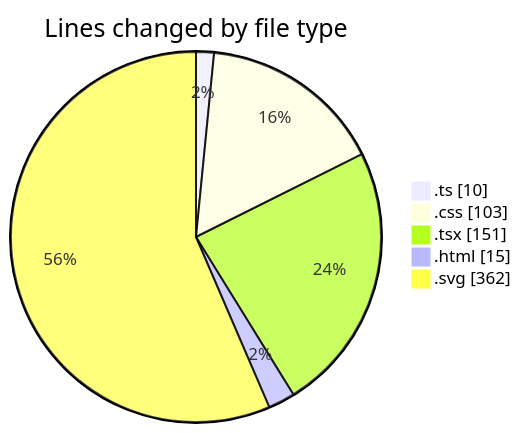
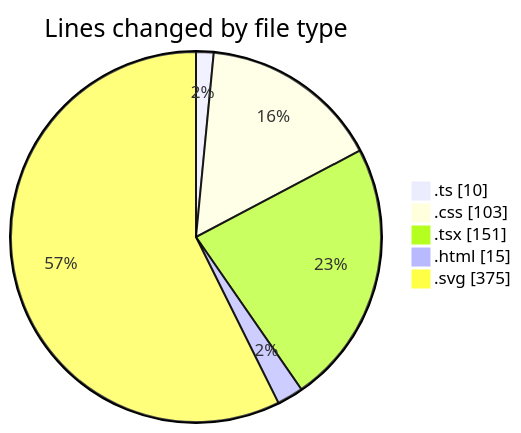
The first of 2 diagrams in 2025-07-31/tw-server/README.md (EIIisD/code-tracking), drawn with Mermaid before and after one commit. The commit also changed other lines of this file and 1 other file, not shown here.

````diff
--- a/2025-07-31/tw-server/README.md
+++ b/2025-07-31/tw-server/README.md
@@ -27,9 +28,9 @@
 ```mermaid
 pie showData
 title Lines changed by file type
 ".ts" : 10
 ".css" : 103
 ".tsx" : 151
 ".html" : 15
-".svg" : 362
+".svg" : 375
 ```
````
